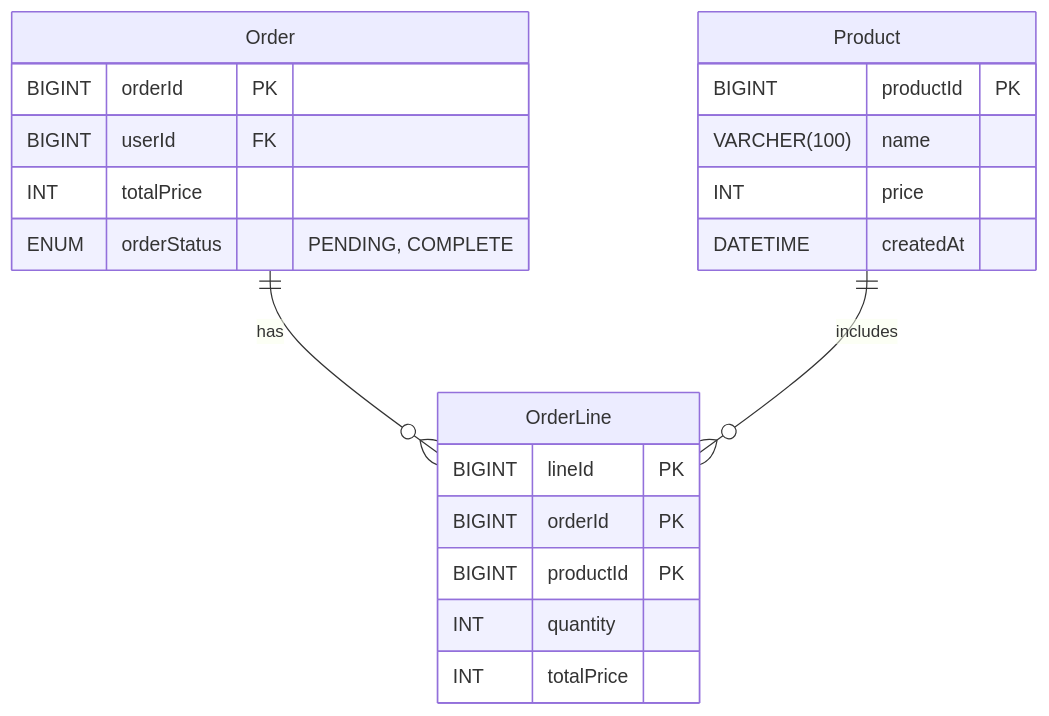
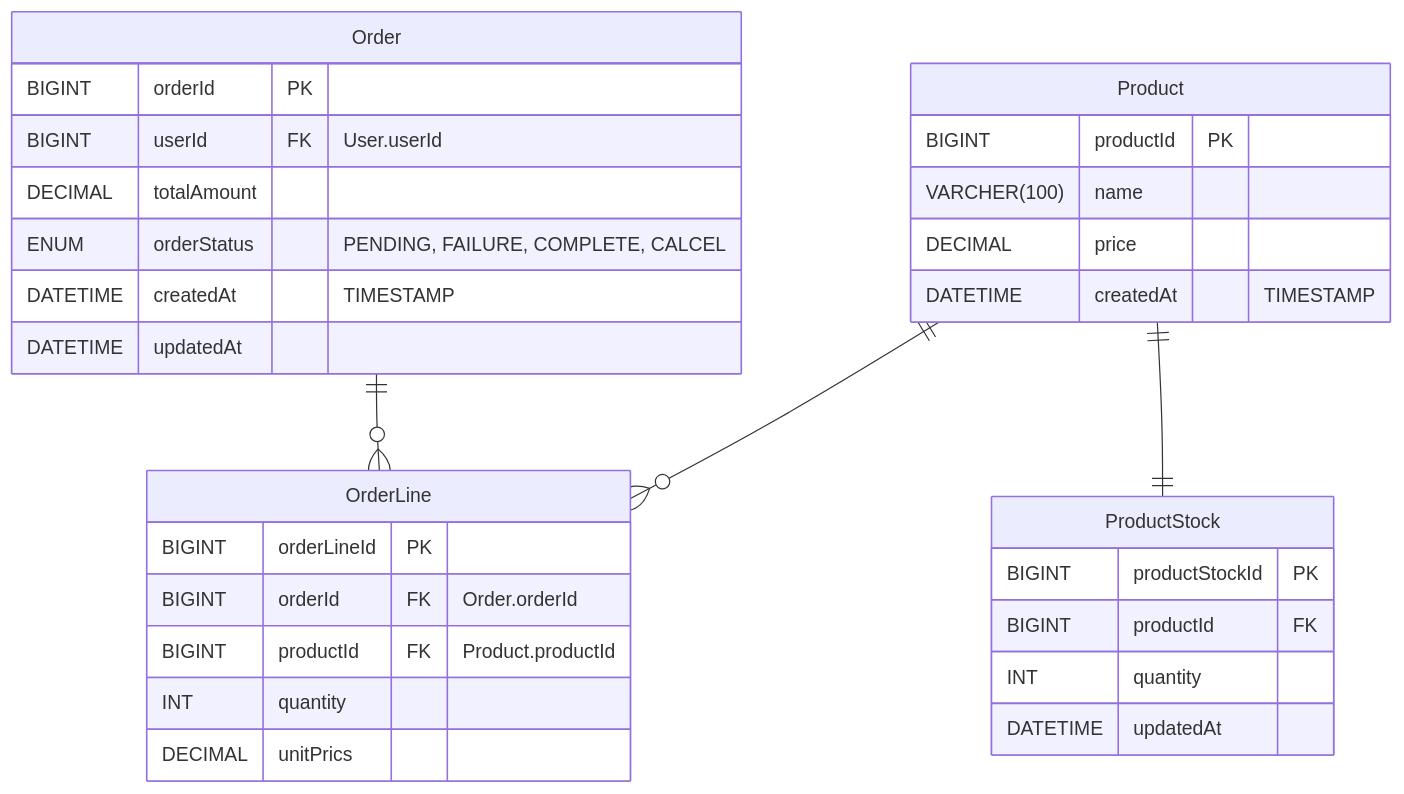
The third of 5 diagrams in docs/erd.md (chapakook/kotlin-ecommerce), drawn with Mermaid before and after one commit. The commit also changed other lines of this file, not shown here.

Commit message:
[DOC] erd.md 수정, Discount 삭제, Coupon 및 집계관련 테이블 추가 - closed #29

````diff
--- a/docs/erd.md
+++ b/docs/erd.md
@@ -192,25 +256,34 @@
 ```mermaid
 erDiagram
-    Order ||--o{ OrderLine : has
-    Product ||--o{ OrderLine : includes
-    
+    Product ||--o{ OrderLine : ""
+    Product ||--|| ProductStock : ""
+    Order ||--o{ OrderLine : ""
+
     Order{
         BIGINT orderId PK
-        BIGINT userId FK
-        INT totalPrice
-        ENUM orderStatus "PENDING, COMPLETE"
+        BIGINT userId FK "User.userId"
+        DECIMAL totalAmount
+        ENUM orderStatus "PENDING, FAILURE, COMPLETE, CALCEL"
+        DATETIME createdAt "TIMESTAMP"
+        DATETIME updatedAt  
     }
     OrderLine{
-        BIGINT lineId PK
-        BIGINT orderId PK
-        BIGINT productId PK
+        BIGINT orderLineId PK
+        BIGINT orderId FK "Order.orderId"
+        BIGINT productId FK "Product.productId"
         INT quantity
-        INT totalPrice
+        DECIMAL unitPrics
     }
     Product{
         BIGINT productId PK
         VARCHER(100) name
-        INT price
-        DATETIME createdAt
+        DECIMAL price
+        DATETIME createdAt "TIMESTAMP"
+    }
+    ProductStock{
+        BIGINT productStockId PK
+        BIGINT productId FK
+        INT quantity
+        DATETIME updatedAt
     }
 ```
````
